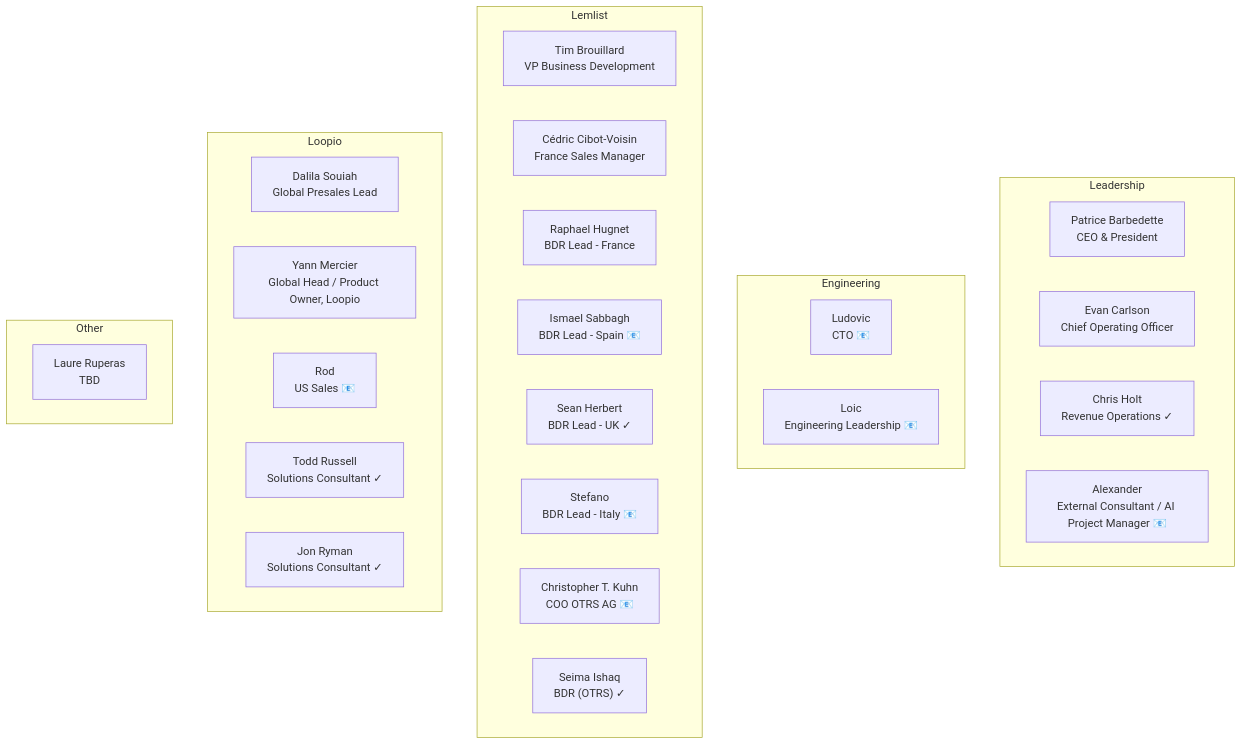
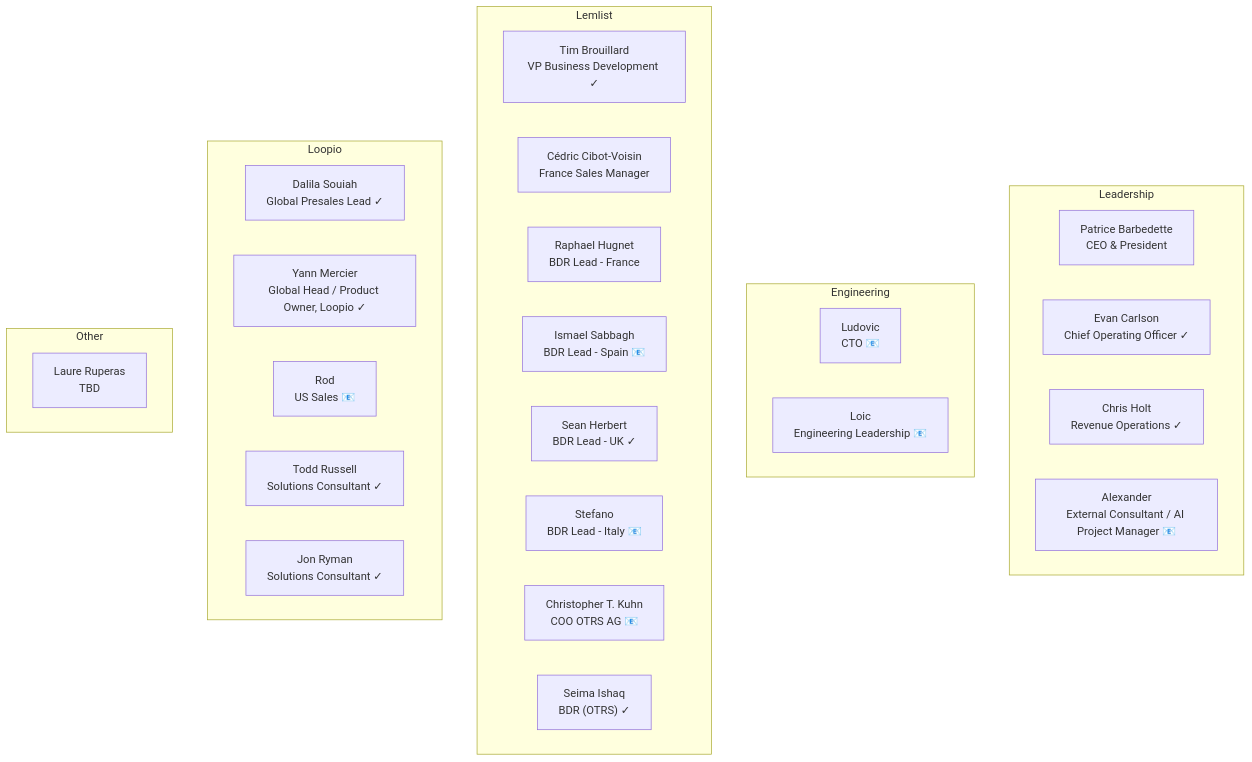
Before and after one commit to pqsoccerboy17/EasyVista: the diagram in easyvista-stakeholders.mermaid, drawn with Mermaid. The commit also changed 4 other files, not shown here.

````diff
--- a/easyvista-stakeholders.mermaid
+++ b/easyvista-stakeholders.mermaid
@@ -1,33 +1,33 @@
 ```mermaid
 flowchart TB
     subgraph Leadership
         Patrice_Barbedette["Patrice Barbedette<br/>CEO & President "]
-        Evan_Carlson["Evan Carlson<br/>Chief Operating Officer "]
+        Evan_Carlson["Evan Carlson<br/>Chief Operating Officer ✓"]
         Chris_Holt["Chris Holt<br/>Revenue Operations ✓"]
         Alexander["Alexander<br/>External Consultant / AI Project Manager 📧"]
     end
     subgraph Engineering
         Ludovic["Ludovic<br/>CTO 📧"]
         Loic["Loic<br/>Engineering Leadership 📧"]
     end
     subgraph Lemlist
-        Tim_Brouillard["Tim Brouillard<br/>VP Business Development "]
+        Tim_Brouillard["Tim Brouillard<br/>VP Business Development ✓"]
         Cédric_Cibot-Voisin["Cédric Cibot-Voisin<br/>France Sales Manager "]
         Raphael_Hugnet["Raphael Hugnet<br/>BDR Lead - France "]
         Ismael_Sabbagh["Ismael Sabbagh<br/>BDR Lead - Spain 📧"]
         Sean_Herbert["Sean Herbert<br/>BDR Lead - UK ✓"]
         Stefano["Stefano<br/>BDR Lead - Italy 📧"]
         Christopher_T._Kuhn["Christopher T. Kuhn<br/>COO OTRS AG 📧"]
         Seima_Ishaq["Seima Ishaq<br/>BDR (OTRS) ✓"]
     end
     subgraph Loopio
-        Dalila_Souiah["Dalila Souiah<br/>Global Presales Lead "]
-        Yann_Mercier["Yann Mercier<br/>Global Head / Product Owner, Loopio "]
+        Dalila_Souiah["Dalila Souiah<br/>Global Presales Lead ✓"]
+        Yann_Mercier["Yann Mercier<br/>Global Head / Product Owner, Loopio ✓"]
         Rod["Rod<br/>US Sales 📧"]
         Todd_Russell["Todd Russell<br/>Solutions Consultant ✓"]
         Jon_Ryman["Jon Ryman<br/>Solutions Consultant ✓"]
     end
     subgraph Other
         Laure_Ruperas["Laure Ruperas<br/>TBD "]
     end
 ```
````
